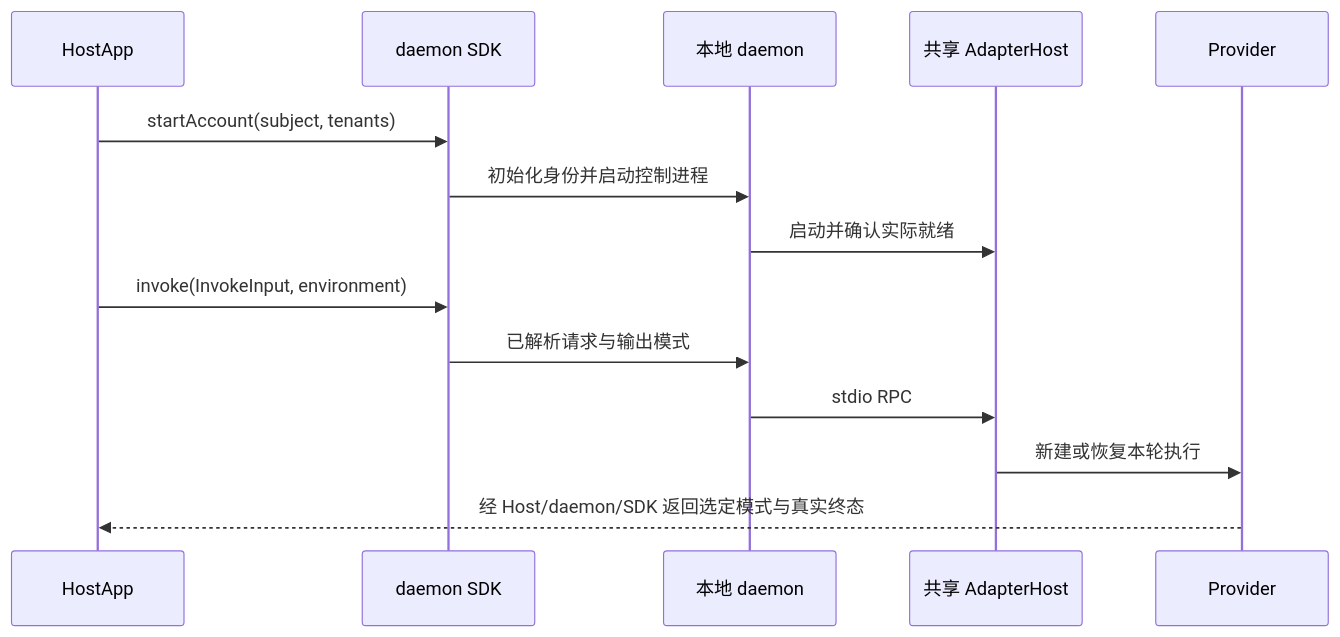
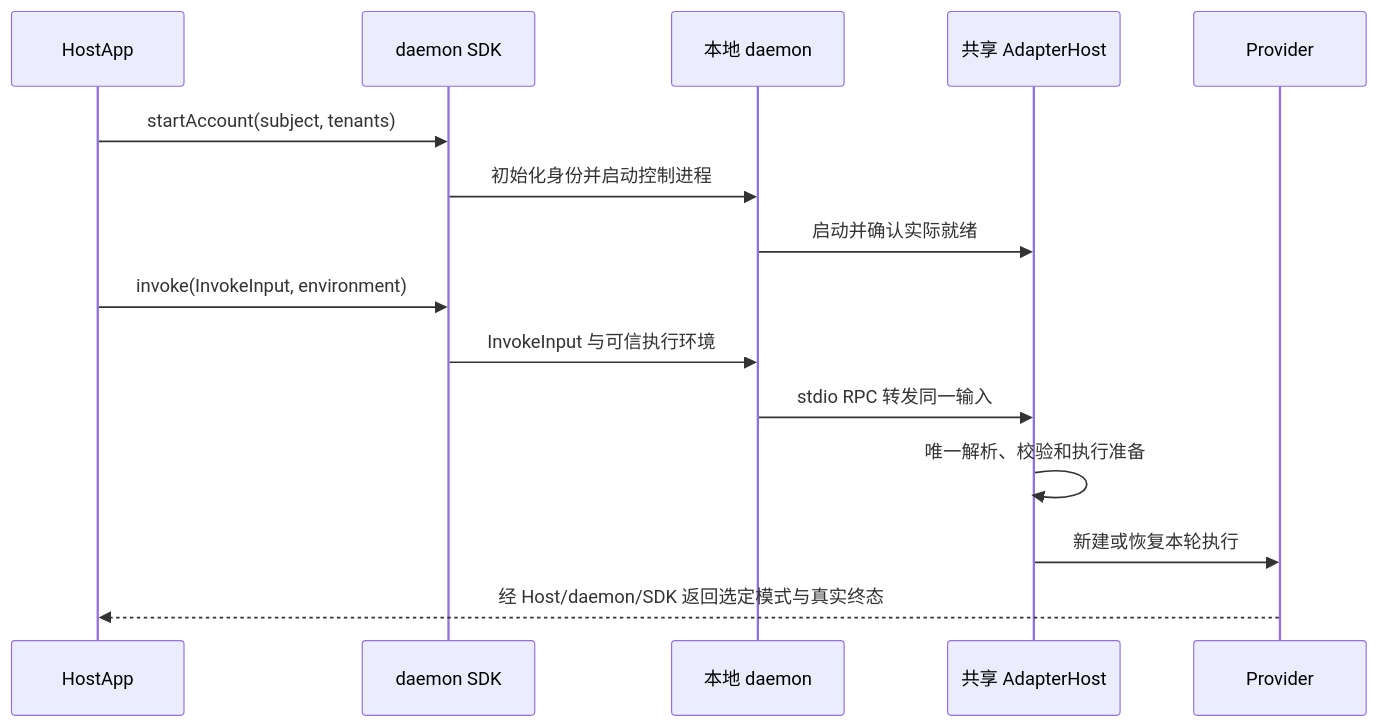
One commit to LarsonLian/octo-runtime changed the diagram in .octospec/rules/local-execution.md. Above: the diagram before and after it, drawn with Mermaid. The commit also changed other lines of this file and 121 other files, not shown here.

````diff
--- a/.octospec/rules/local-execution.md
+++ b/.octospec/rules/local-execution.md
@@ -23,16 +23,17 @@
 ```mermaid
 sequenceDiagram
   participant A as HostApp
   participant S as daemon SDK
   participant D as 本地 daemon
   participant H as 共享 AdapterHost
   participant P as Provider
   A->>S: startAccount(subject, tenants)
   S->>D: 初始化身份并启动控制进程
   D->>H: 启动并确认实际就绪
   A->>S: invoke(InvokeInput, environment)
-  S->>D: 已解析请求与输出模式
-  D->>H: stdio RPC
+  S->>D: InvokeInput 与可信执行环境
+  D->>H: stdio RPC 转发同一输入
+  H->>H: 唯一解析、校验和执行准备
   H->>P: 新建或恢复本轮执行
   P-->>A: 经 Host/daemon/SDK 返回选定模式与真实终态
 ```
````
